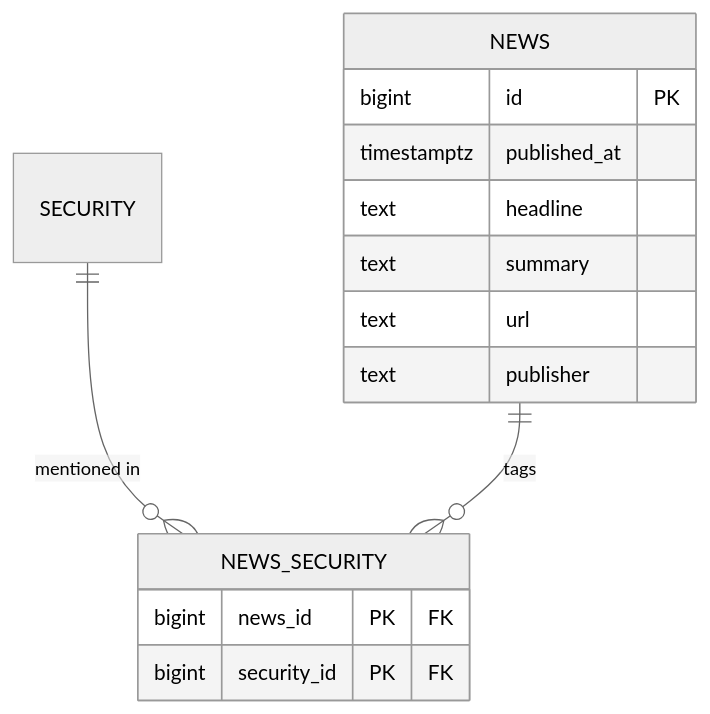
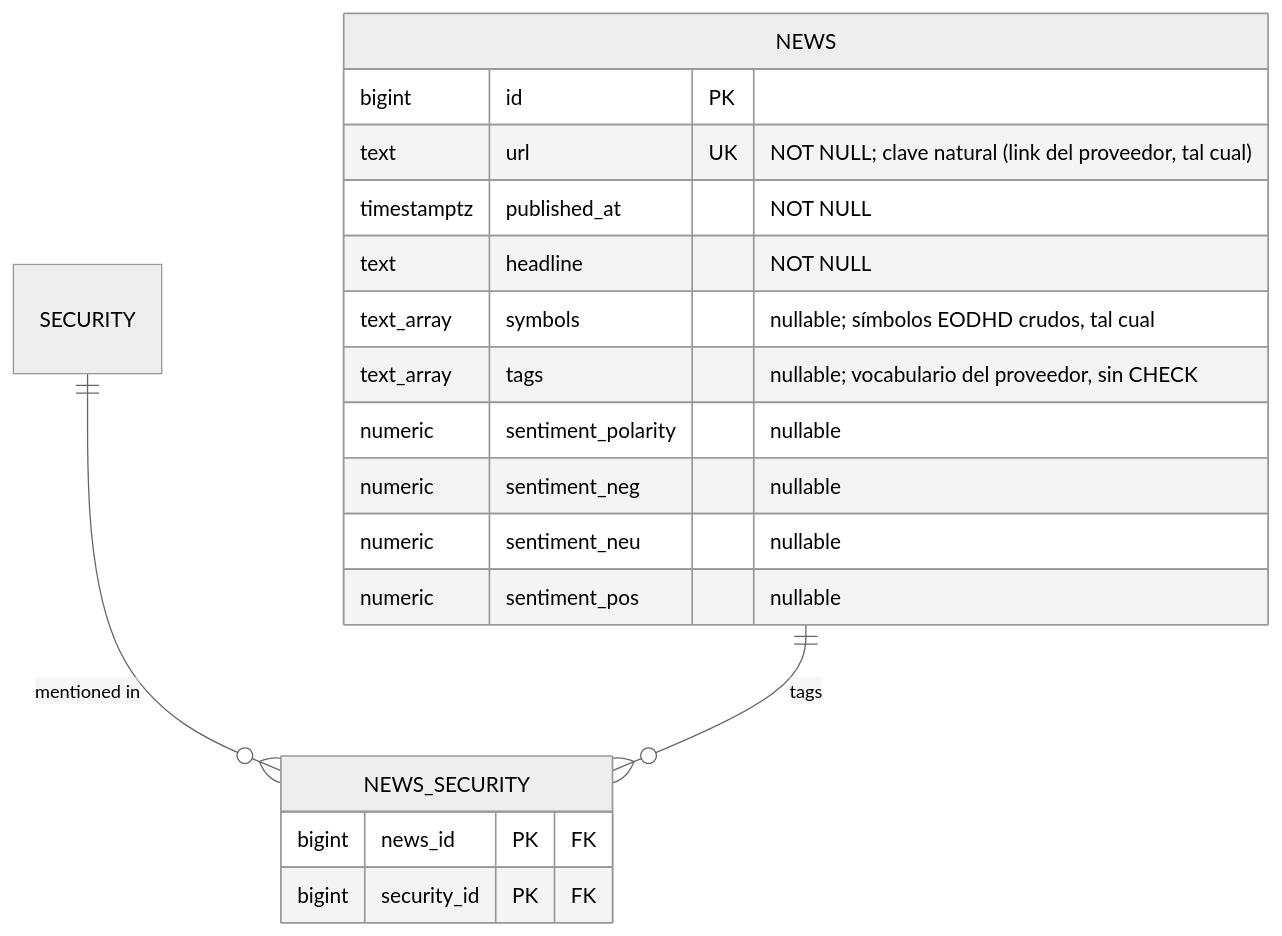
One commit to DavidPayan8/second-hero-data changed the diagram in docs/modelo/modelo-noticias.md. Above: the diagram before and after it, drawn with Mermaid (neutral theme). The commit also changed other lines of this file and 2 other files, not shown here.

First line of the commit message:
Modelo: decisiones de noticias (P8) — clave por url, sin content/summary/publisher, sentiment y tags del proveedor, símbolos crudos

````diff
--- a/docs/modelo/modelo-noticias.md
+++ b/docs/modelo/modelo-noticias.md
@@ -7,19 +7,23 @@
 ```mermaid
 erDiagram
   SECURITY ||--o{ NEWS_SECURITY : "mentioned in"
   NEWS ||--o{ NEWS_SECURITY : tags
 
   NEWS {
     bigint id PK
-    timestamptz published_at
-    text headline
-    text summary
-    text url
-    text publisher
+    text url UK "NOT NULL; clave natural (link del proveedor, tal cual)"
+    timestamptz published_at "NOT NULL"
+    text headline "NOT NULL"
+    text_array symbols "nullable; símbolos EODHD crudos, tal cual"
+    text_array tags "nullable; vocabulario del proveedor, sin CHECK"
+    numeric sentiment_polarity "nullable"
+    numeric sentiment_neg "nullable"
+    numeric sentiment_neu "nullable"
+    numeric sentiment_pos "nullable"
   }
 
   NEWS_SECURITY {
     bigint news_id PK "FK"
     bigint security_id PK "FK"
   }
 ```
````
